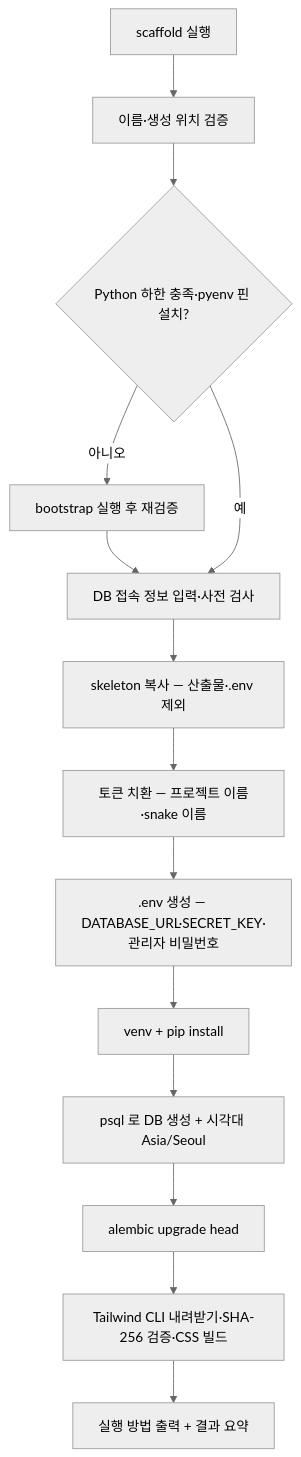
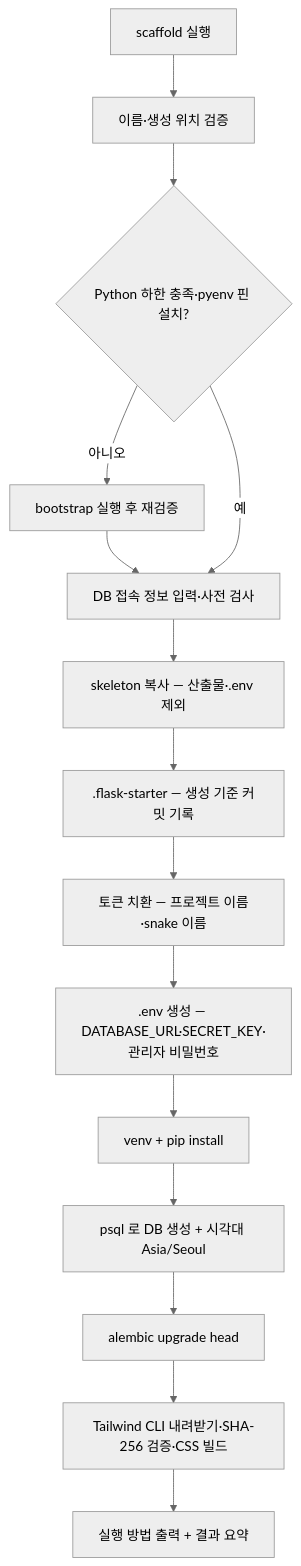
Before and after one commit to al8bright/flask-starter: the second of 3 diagrams in README.md, drawn with Mermaid (neutral theme). The commit also changed other lines of this file and 28 other files, not shown here.

````diff
--- a/README.md
+++ b/README.md
@@ -87,16 +88,17 @@
 ```mermaid
 flowchart TD
     A["scaffold 실행"] --> B["이름·생성 위치 검증"]
     B --> C{"Python 하한 충족·pyenv 핀 설치?"}
     C -- 아니오 --> D["bootstrap 실행 후 재검증"]
     D --> E
     C -- 예 --> E["DB 접속 정보 입력·사전 검사"]
     E --> F["skeleton 복사 — 산출물·.env 제외"]
-    F --> G["토큰 치환 — 프로젝트 이름·snake 이름"]
+    F --> F2[".flask-starter — 생성 기준 커밋 기록"]
+    F2 --> G["토큰 치환 — 프로젝트 이름·snake 이름"]
     G --> H[".env 생성 — DATABASE_URL·SECRET_KEY·관리자 비밀번호"]
     H --> I["venv + pip install"]
     I --> J["psql 로 DB 생성 + 시각대 Asia/Seoul"]
     J --> K["alembic upgrade head"]
     K --> L["Tailwind CLI 내려받기·SHA-256 검증·CSS 빌드"]
     L --> M["실행 방법 출력 + 결과 요약"]
 ```
````
